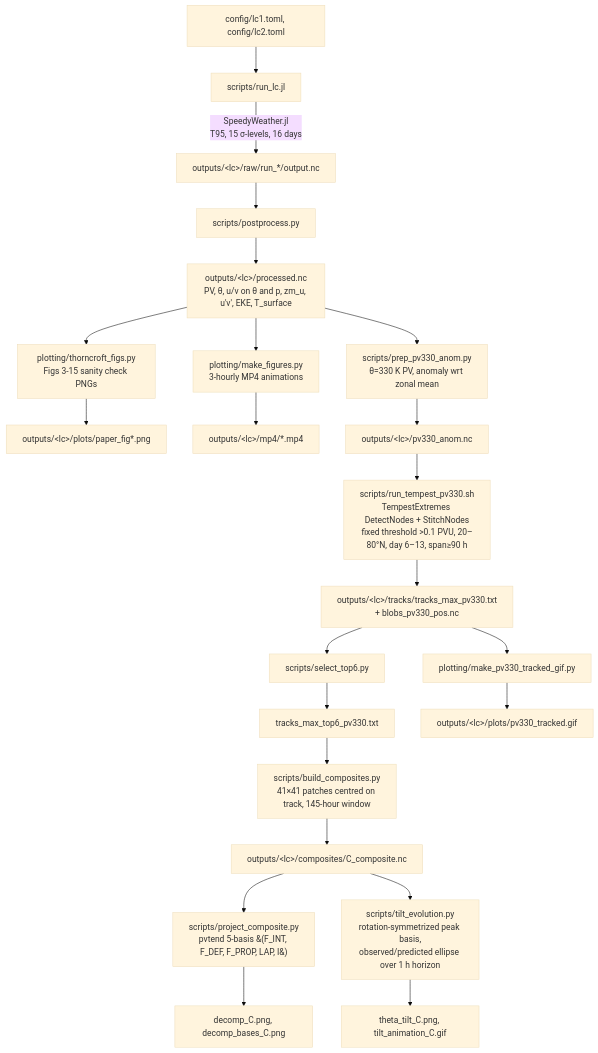
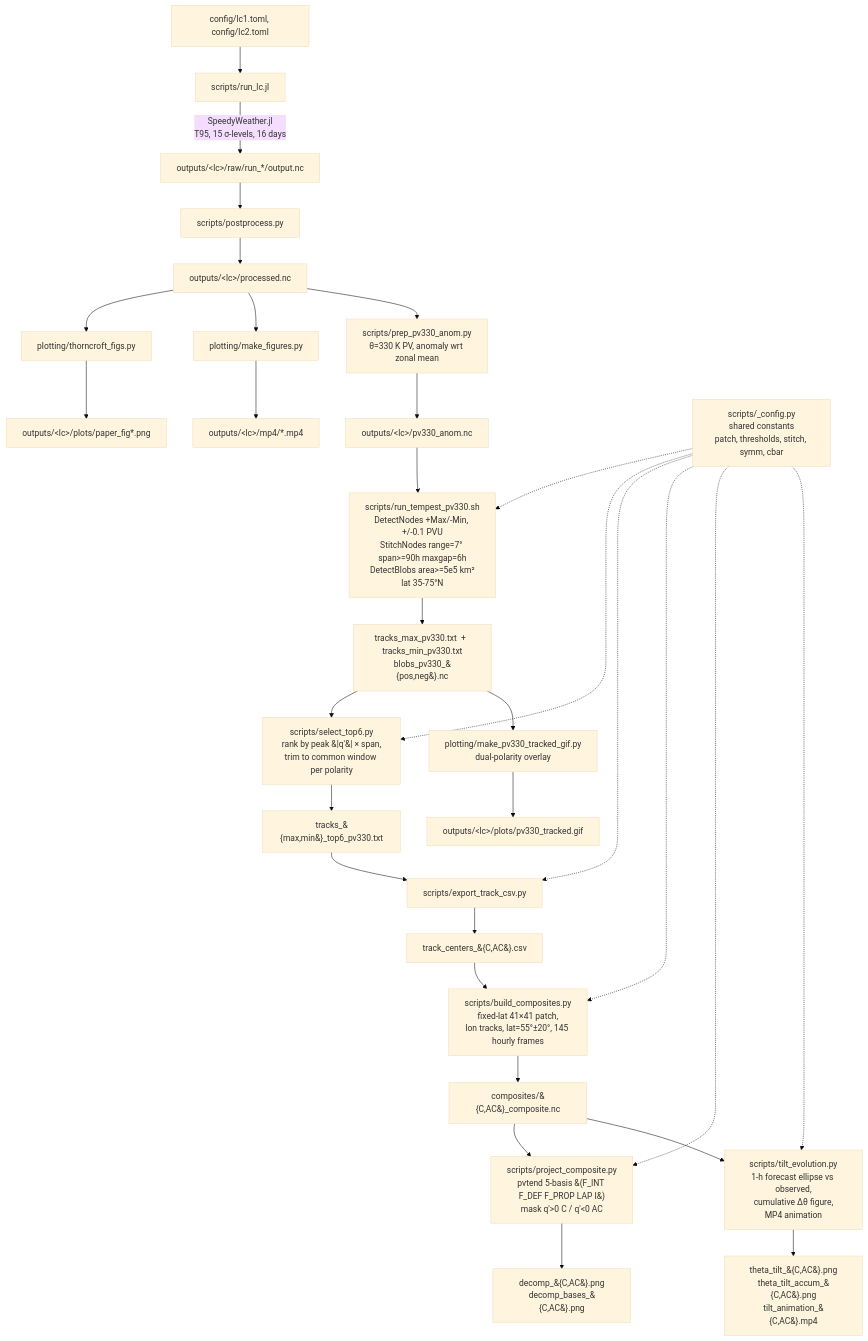
The diagram in README.md (yanxingjianken/thorncroft93RWB), drawn with Mermaid (base theme) before and after one commit. The commit also changed other lines of this file and 52 other files, not shown here.

````diff
--- a/README.md
+++ b/README.md
@@ -148,26 +148,36 @@
 ```mermaid
 graph TD
     A[config/lc1.toml, config/lc2.toml] --> B[scripts/run_lc.jl]
-    B -->|SpeedyWeather.jl<br/>T95, 15 σ-levels, 16 days| C[outputs/&lt;lc&gt;/raw/run_*/output.nc]
+    B -->|SpeedyWeather.jl<br/>T95, 15 &sigma;-levels, 16 days| C[outputs/&lt;lc&gt;/raw/run_*/output.nc]
     C --> D[scripts/postprocess.py]
-    D --> E[outputs/&lt;lc&gt;/processed.nc<br/>PV, θ, u/v on θ and p, zm_u, u'v', EKE, T_surface]
-    E --> F1[plotting/thorncroft_figs.py<br/>Figs 3-15 sanity check PNGs]
-    E --> F2[plotting/make_figures.py<br/>3-hourly MP4 animations]
+    D --> E[outputs/&lt;lc&gt;/processed.nc]
+    E --> F1[plotting/thorncroft_figs.py]
+    E --> F2[plotting/make_figures.py]
     F1 --> G1[outputs/&lt;lc&gt;/plots/paper_fig*.png]
     F2 --> G2[outputs/&lt;lc&gt;/mp4/*.mp4]
 
-    E --> H[scripts/prep_pv330_anom.py<br/>θ=330 K PV, anomaly wrt zonal mean]
+    E --> H[scripts/prep_pv330_anom.py<br/>&theta;=330 K PV, anomaly wrt zonal mean]
     H --> I[outputs/&lt;lc&gt;/pv330_anom.nc]
-    I --> J[scripts/run_tempest_pv330.sh<br/>TempestExtremes DetectNodes + StitchNodes<br/>fixed threshold >0.1 PVU, 20–80°N, day 6–13, span≥90 h]
-    J --> K[outputs/&lt;lc&gt;/tracks/tracks_max_pv330.txt<br/>+ blobs_pv330_pos.nc]
-    K --> L[scripts/select_top6.py]
-    L --> M[tracks_max_top6_pv330.txt]
-    M --> N[scripts/build_composites.py<br/>41×41 patches centred on track, 145-hour window]
-    N --> O[outputs/&lt;lc&gt;/composites/C_composite.nc]
-    O --> P[scripts/project_composite.py<br/>pvtend 5-basis &#40;F_INT, F_DEF, F_PROP, LAP, I&#41;]
-    P --> Q[decomp_C.png, decomp_bases_C.png]
-    O --> R[scripts/tilt_evolution.py<br/>rotation-symmetrized peak basis,<br/>observed/predicted ellipse over 1 h horizon]
-    R --> S[theta_tilt_C.png, tilt_animation_C.gif]
-    K --> T[plotting/make_pv330_tracked_gif.py]
+
+    CFG[scripts/_config.py<br/>shared constants<br/>patch, thresholds, stitch, symm, cbar] -.-> J
+    CFG -.-> L
+    CFG -.-> EXP
+    CFG -.-> N
+    CFG -.-> P
+    CFG -.-> R
+
+    I --> J[scripts/run_tempest_pv330.sh<br/>DetectNodes +Max/-Min, +/-0.1 PVU<br/>StitchNodes range=7&deg; span>=90h maxgap=6h<br/>DetectBlobs area>=5e5 km&sup2;<br/>lat 35-75&deg;N]
+    J --> K1[tracks_max_pv330.txt  +  tracks_min_pv330.txt<br/>blobs_pv330_&#123;pos,neg&#125;.nc]
+    K1 --> L[scripts/select_top6.py<br/>rank by peak &#124;q'&#124; &times; span,<br/>trim to common window per polarity]
+    L --> M[tracks_&#123;max,min&#125;_top6_pv330.txt]
+    M --> EXP[scripts/export_track_csv.py]
+    EXP --> CSV[track_centers_&#123;C,AC&#125;.csv]
+    CSV --> N[scripts/build_composites.py<br/>fixed-lat 41&times;41 patch,<br/>lon tracks, lat=55&deg;&plusmn;20&deg;, 145 hourly frames]
+    N --> O[composites/&#123;C,AC&#125;_composite.nc]
+    O --> P[scripts/project_composite.py<br/>pvtend 5-basis &#40;F_INT F_DEF F_PROP LAP I&#41;<br/>mask q'>0 C / q'<0 AC]
+    P --> Q[decomp_&#123;C,AC&#125;.png<br/>decomp_bases_&#123;C,AC&#125;.png]
+    O --> R[scripts/tilt_evolution.py<br/>1-h forecast ellipse vs observed,<br/>cumulative &Delta;&theta; figure,<br/>MP4 animation]
+    R --> S[theta_tilt_&#123;C,AC&#125;.png<br/>theta_tilt_accum_&#123;C,AC&#125;.png<br/>tilt_animation_&#123;C,AC&#125;.mp4]
+    K1 --> T[plotting/make_pv330_tracked_gif.py<br/>dual-polarity overlay]
     T --> U[outputs/&lt;lc&gt;/plots/pv330_tracked.gif]
 ```
````
